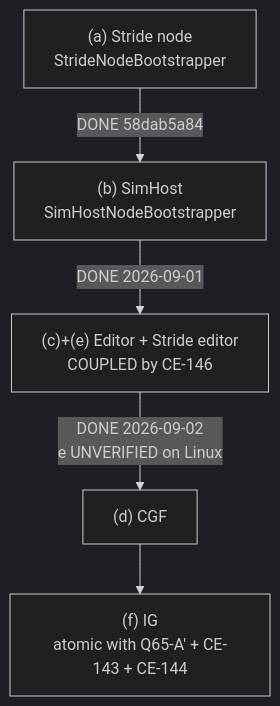
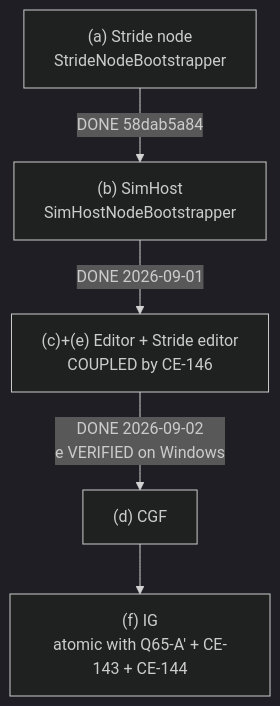
Before and after one commit to pjanec/HROT: the diagram in docs/blueprints/BOOTSTRAP_Entity_Creation_Session.md, drawn with Mermaid (dark theme). The commit also changed other lines of this file and 2 other files, not shown here.

First line of the commit message:
verify(CE-146/CE-145): host (e) builds and passes on Windows; the StrD21 reds are settled

````diff
--- a/docs/blueprints/BOOTSTRAP_Entity_Creation_Session.md
+++ b/docs/blueprints/BOOTSTRAP_Entity_Creation_Session.md
@@ -93,7 +93,7 @@
 ```mermaid
 graph TD
     A["(a) Stride node<br/>StrideNodeBootstrapper"] -->|DONE 58dab5a84| B["(b) SimHost<br/>SimHostNodeBootstrapper"]
     B -->|DONE 2026-09-01| CE["(c)+(e) Editor + Stride editor<br/>COUPLED by CE-146"]
-    CE -->|DONE 2026-09-02<br/>e UNVERIFIED on Linux| D["(d) CGF"]
+    CE -->|DONE 2026-09-02<br/>e VERIFIED on Windows| D["(d) CGF"]
     D --> F["(f) IG<br/>atomic with Q65-A' + CE-143 + CE-144"]
 ```
````
